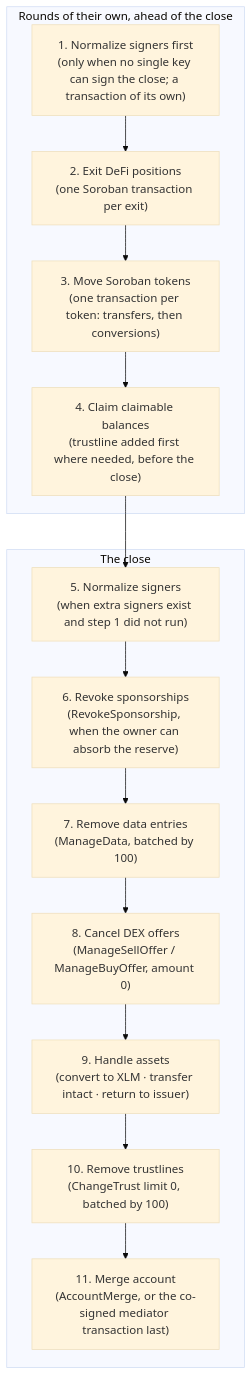
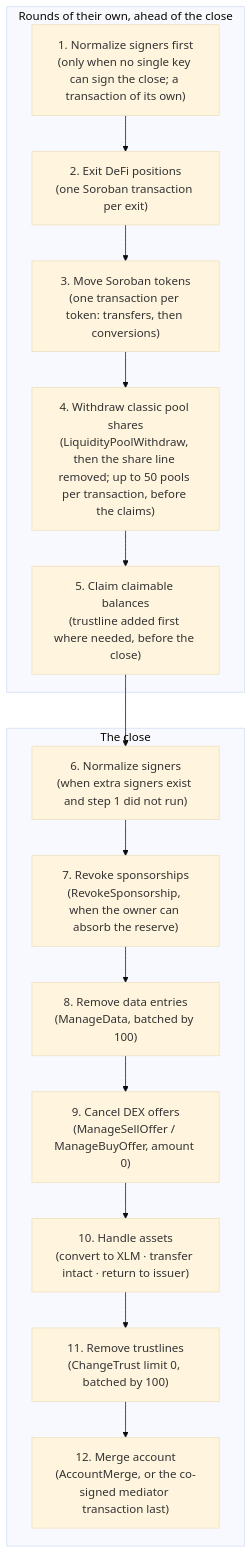
The diagram in diagrams/mmd/06-execution-plan.mmd (LumenWipe/lumenwipe), drawn with Mermaid (base theme) before and after one commit. The commit also changed 4 other files, not shown here.

Commit message:
docs(diagrams): show the pool withdrawal round in the execution plan diagram (#1105)

```diff
--- a/diagrams/mmd/06-execution-plan.mmd
+++ b/diagrams/mmd/06-execution-plan.mmd
@@ -1,17 +1,18 @@
 flowchart TD
     subgraph rounds["Rounds of their own, ahead of the close"]
         s1["1. Normalize signers first<br/>(only when no single key can sign the close; a transaction of its own)"]
         s2["2. Exit DeFi positions<br/>(one Soroban transaction per exit)"]
         s3["3. Move Soroban tokens<br/>(one transaction per token: transfers, then conversions)"]
-        s4["4. Claim claimable balances<br/>(trustline added first where needed, before the close)"]
+        s4["4. Withdraw classic pool shares<br/>(LiquidityPoolWithdraw, then the share line removed; up to 50 pools per transaction, before the claims)"]
+        s5["5. Claim claimable balances<br/>(trustline added first where needed, before the close)"]
     end
     subgraph close["The close"]
-        s5["5. Normalize signers<br/>(when extra signers exist and step 1 did not run)"]
-        s6["6. Revoke sponsorships<br/>(RevokeSponsorship, when the owner can absorb the reserve)"]
-        s7["7. Remove data entries<br/>(ManageData, batched by 100)"]
-        s8["8. Cancel DEX offers<br/>(ManageSellOffer / ManageBuyOffer, amount 0)"]
-        s9["9. Handle assets<br/>(convert to XLM · transfer intact · return to issuer)"]
-        s10["10. Remove trustlines<br/>(ChangeTrust limit 0, batched by 100)"]
-        s11["11. Merge account<br/>(AccountMerge, or the co-signed mediator transaction last)"]
+        s6["6. Normalize signers<br/>(when extra signers exist and step 1 did not run)"]
+        s7["7. Revoke sponsorships<br/>(RevokeSponsorship, when the owner can absorb the reserve)"]
+        s8["8. Remove data entries<br/>(ManageData, batched by 100)"]
+        s9["9. Cancel DEX offers<br/>(ManageSellOffer / ManageBuyOffer, amount 0)"]
+        s10["10. Handle assets<br/>(convert to XLM · transfer intact · return to issuer)"]
+        s11["11. Remove trustlines<br/>(ChangeTrust limit 0, batched by 100)"]
+        s12["12. Merge account<br/>(AccountMerge, or the co-signed mediator transaction last)"]
     end
-    s1 --> s2 --> s3 --> s4 --> s5 --> s6 --> s7 --> s8 --> s9 --> s10 --> s11
+    s1 --> s2 --> s3 --> s4 --> s5 --> s6 --> s7 --> s8 --> s9 --> s10 --> s11 --> s12
```
